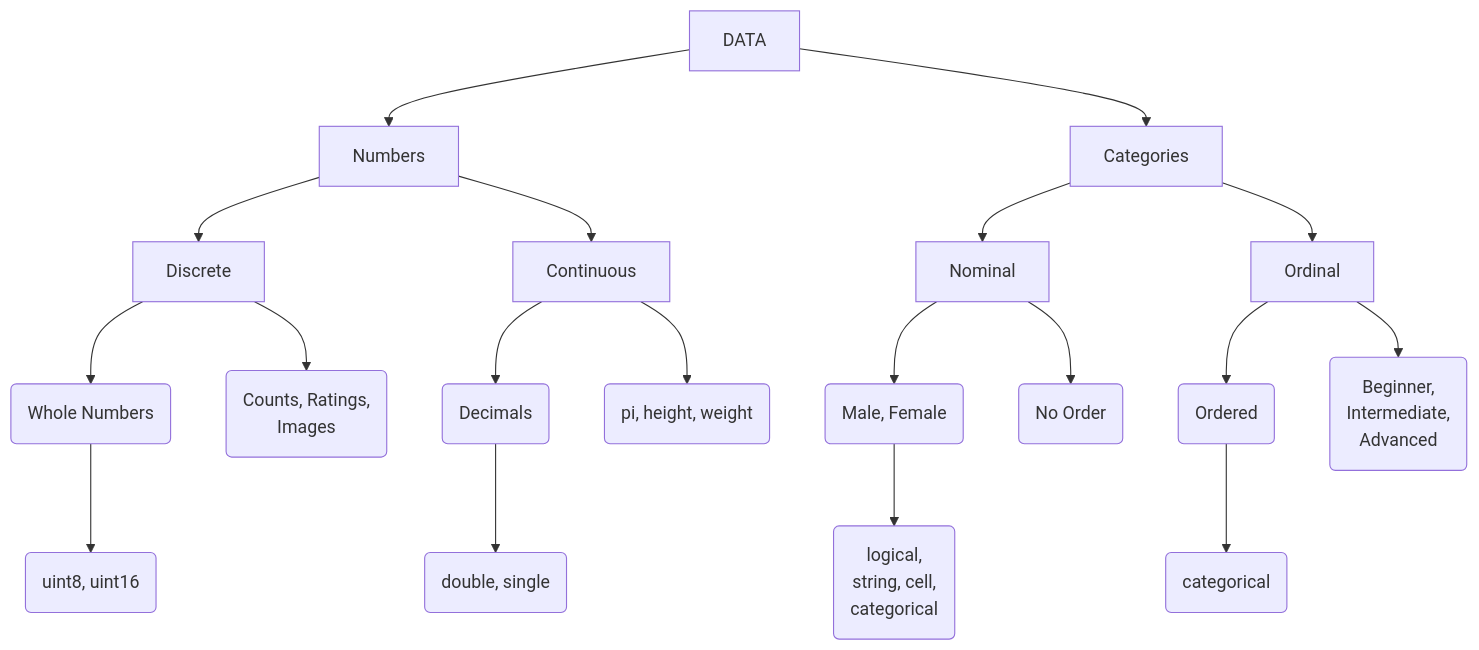
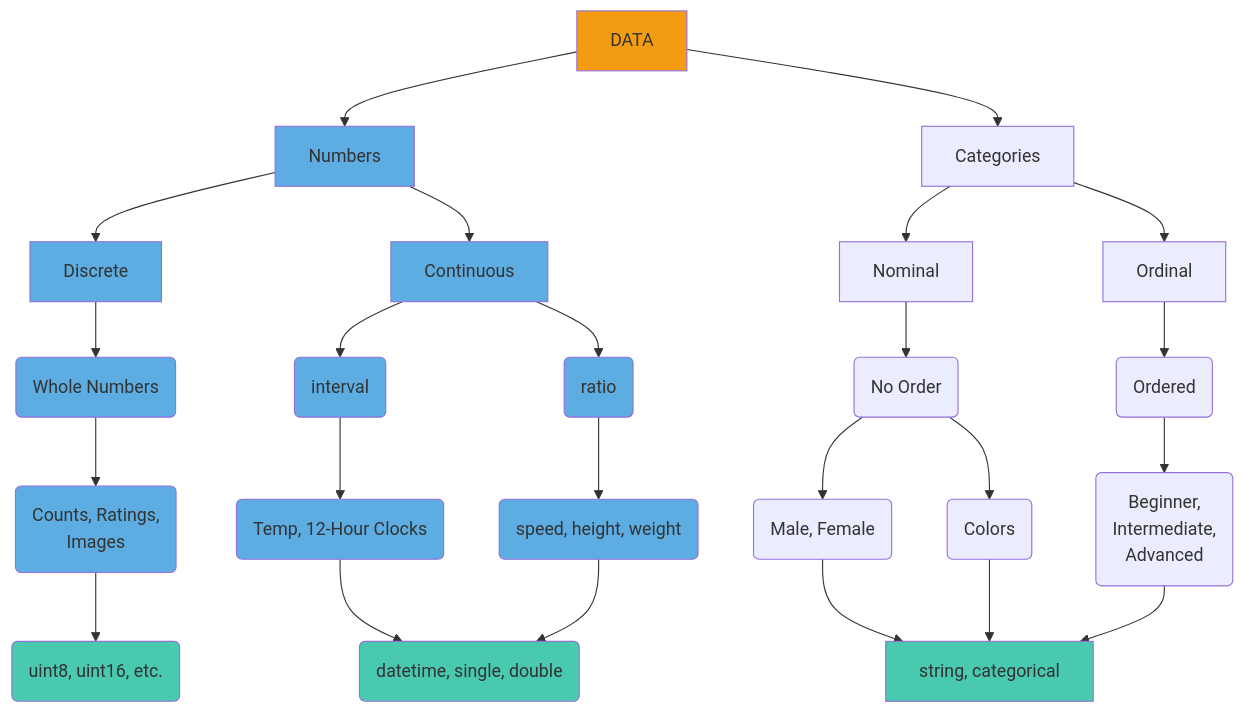
One commit to salcedoe/MtMdocs changed the diagram in docs/dataProcessing/dataTypes.md. Above: the diagram before and after it, drawn with Mermaid. The commit also changed other lines of this file and 15 other files, not shown here.

````diff
--- a/docs/dataProcessing/dataTypes.md
+++ b/docs/dataProcessing/dataTypes.md
@@ -12,26 +8,35 @@
 ```mermaid
 graph TD
-    A[DATA] --> B[Numbers];
-    A[DATA] --> C[Categories];
-    B --> D[Discrete];
-    B --> E[Continuous];
-    C --> F[Nominal];
-    C --> G[Ordinal];
-    E --> H(Decimals)
-    E --> I(pi, height, weight)
-    H --> R(double, single)
-    D --> L(Whole Numbers)
-    D --> k("Counts, Ratings,
-     Images")
-    L --> Q(uint8, uint16)
-    F --> M(Male, Female)
-    F --> N(No Order)
-    G --> O(Ordered)
-    G --> P("Beginner,
+    DATA:::data --> Num[Numbers];
+    DATA --> Cat[Categories];
+    Num --> Disc[Discrete];
+    Num --> Cont[Continuous];
+    Cat --> Nom[Nominal];
+    Cat --> Ord[Ordinal];
+    Cont --> Int(interval)
+    Cont --> Rat(ratio)
+    Rat --> RatX(speed, height, weight)
+    Int --> IntX(Temp, 12-Hour Clocks)
+    IntX --> MatFloat(datetime, single, double)
+    RatX --> MatFloat
+    Disc --> Whole(Whole Numbers)
+    Whole --> WholX(Counts, Ratings,
+     Images)
+    WholX --> MatInt(uint8, uint16, etc.)
+    Nom --> NomDesc(No Order)
+    Ord --> OrdDesc(Ordered)
+    NomDesc --> NomX1(Male, Female)
+    NomDesc --> NomX2(Colors)
+    OrdDesc --> OrdX(Beginner,
      Intermediate,
-     Advanced")
-    M --> S("logical,
-     string, cell,
-     categorical")
-    O --> T(categorical)
+     Advanced)
+    NomX1 --> MatCat[string, categorical]
+    NomX2 --> MatCat
+    OrdX --> MatCat
+    class Num,Disc,Whole,WholX,Cont,Int,IntX,Rat,RatX nums
+    classDef nums fill:#5DADE2  
+    classDef data fill:#F39C12
+    class MatFloat,MatInt,MatCat mats
+    classDef mats fill:#48C9B0
+
 ```
````
